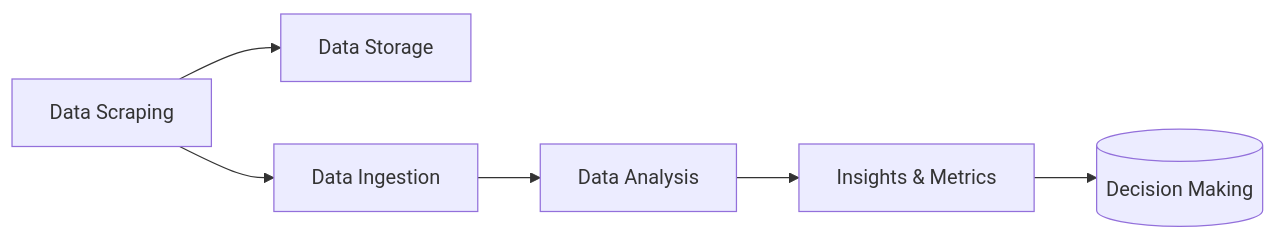
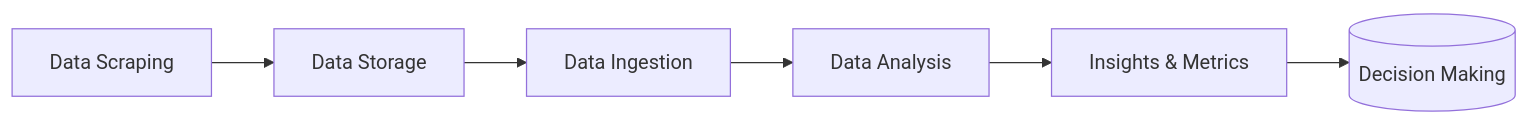
Before and after one commit to Elsayed91/xbox_de_project: the diagram in readme.md, drawn with Mermaid.

Commit message:
3fc14bf384

````diff
--- a/readme.md
+++ b/readme.md
@@ -71,9 +71,9 @@
 ```mermaid
 flowchart LR
 
 A[Data Scraping] --> B[Data Storage]
-A --> C[Data Ingestion]
+B --> C[Data Ingestion]
 C --> D[Data Analysis]
 D --> E[Insights & Metrics]
 E --> F[(Decision Making)]
 ```
````
